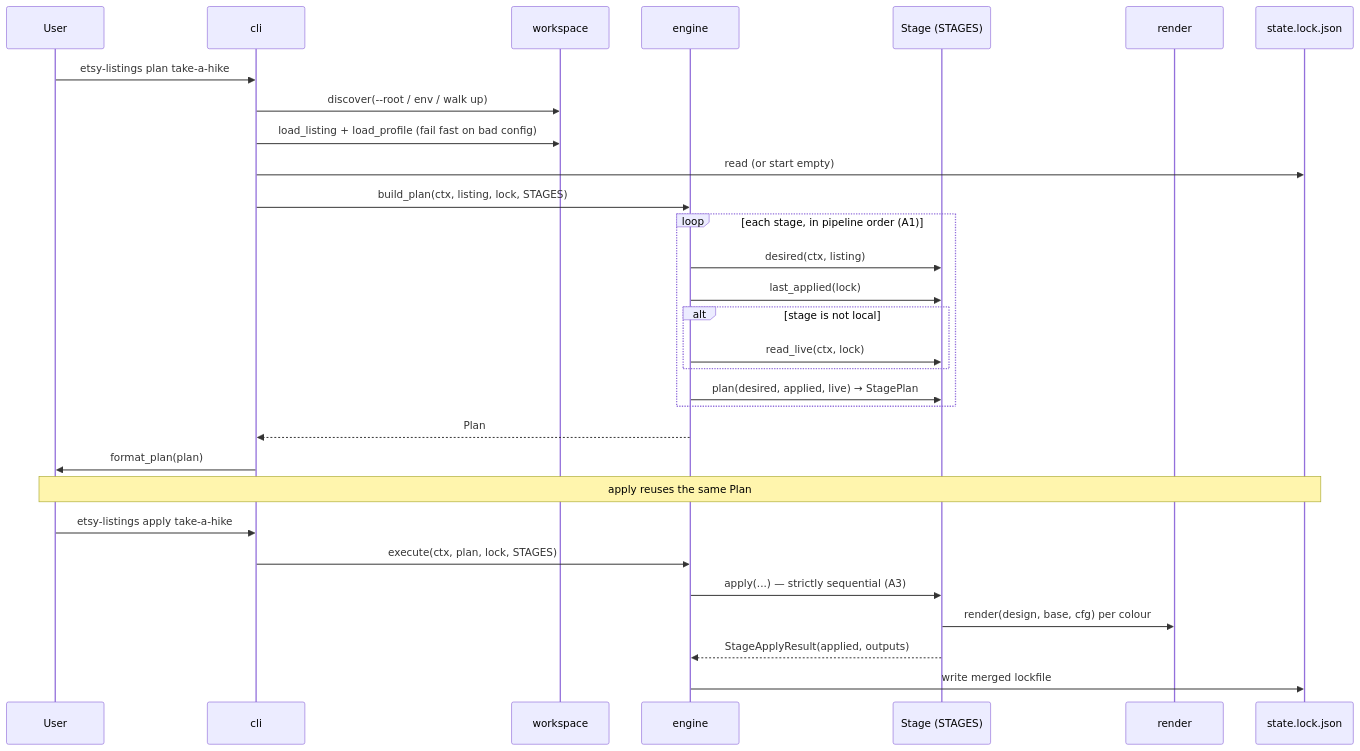
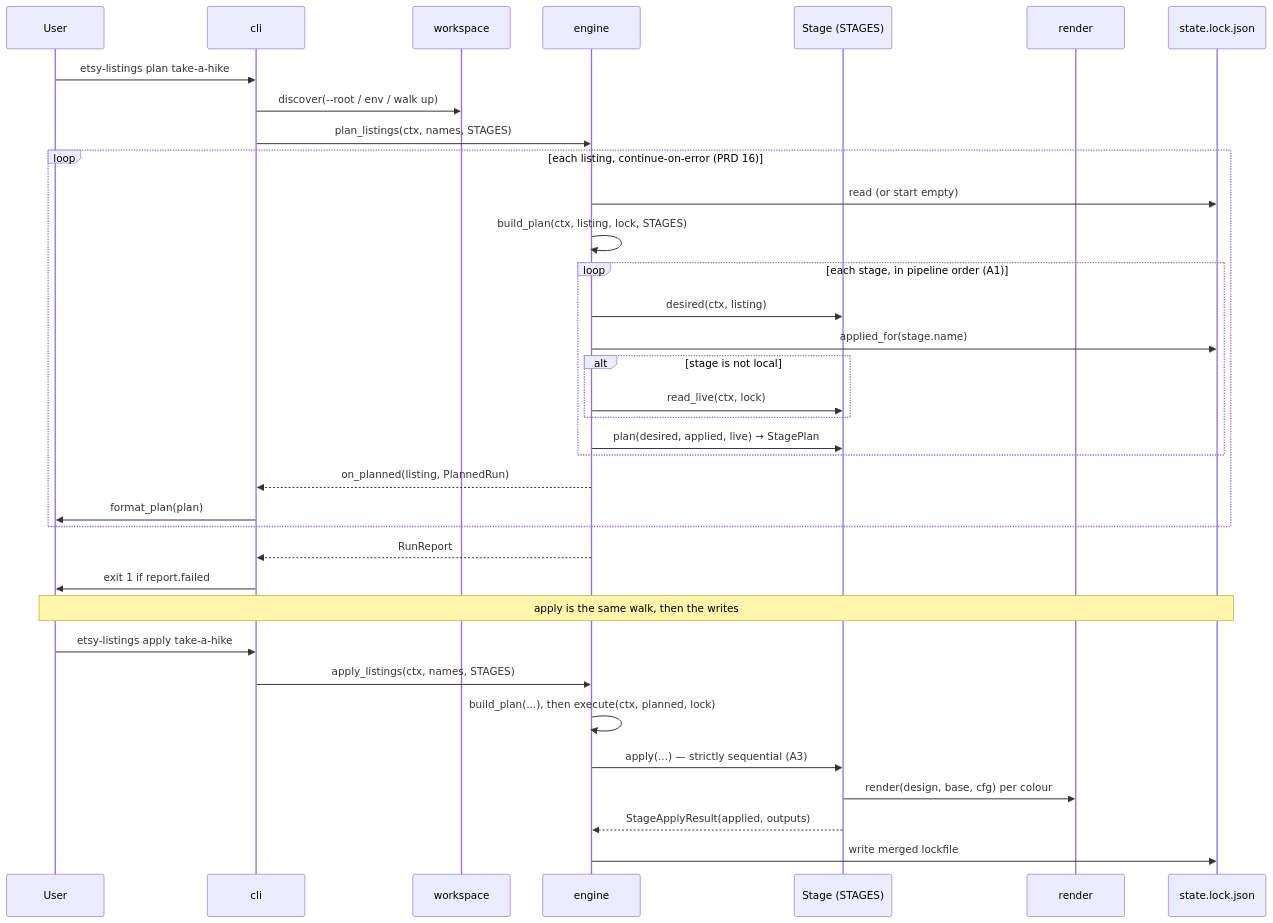
Before and after one commit to eli-jordan/etsy-listing-automation: the second of 5 diagrams in docs/architecture.md, drawn with Mermaid. The commit also changed other lines of this file and 24 other files, not shown here.

First line of the commit message:
refactor(engine): a run and a lockfile that own their own rules

````diff
--- a/docs/architecture.md
+++ b/docs/architecture.md
@@ -104,36 +109,43 @@
 ```mermaid
 sequenceDiagram
     participant User
     participant CLI as cli
     participant WS as workspace
     participant Engine as engine
     participant Stage as Stage (STAGES)
     participant Render as render
     participant Lock as state.lock.json
 
     User->>CLI: etsy-listings plan take-a-hike
     CLI->>WS: discover(--root / env / walk up)
-    CLI->>WS: load_listing + load_profile (fail fast on bad config)
-    CLI->>Lock: read (or start empty)
-    CLI->>Engine: build_plan(ctx, listing, lock, STAGES)
+    CLI->>Engine: plan_listings(ctx, names, STAGES)
 
-    loop each stage, in pipeline order (A1)
-        Engine->>Stage: desired(ctx, listing)
-        Engine->>Stage: last_applied(lock)
-        alt stage is not local
-            Engine->>Stage: read_live(ctx, lock)
+    loop each listing, continue-on-error (PRD 16)
+        Engine->>Lock: read (or start empty)
+        Engine->>Engine: build_plan(ctx, listing, lock, STAGES)
+
+        loop each stage, in pipeline order (A1)
+            Engine->>Stage: desired(ctx, listing)
+            Engine->>Lock: applied_for(stage.name)
+            alt stage is not local
+                Engine->>Stage: read_live(ctx, lock)
+            end
+            Engine->>Stage: plan(desired, applied, live) → StagePlan
         end
-        Engine->>Stage: plan(desired, applied, live) → StagePlan
+
+        Engine-->>CLI: on_planned(listing, PlannedRun)
+        CLI->>User: format_plan(plan)
     end
 
-    Engine-->>CLI: Plan
-    CLI->>User: format_plan(plan)
+    Engine-->>CLI: RunReport
+    CLI->>User: exit 1 if report.failed
 
-    Note over User,Lock: apply reuses the same Plan
+    Note over User,Lock: apply is the same walk, then the writes
     User->>CLI: etsy-listings apply take-a-hike
-    CLI->>Engine: execute(ctx, plan, lock, STAGES)
+    CLI->>Engine: apply_listings(ctx, names, STAGES)
+    Engine->>Engine: build_plan(...), then execute(ctx, planned, lock)
     Engine->>Stage: apply(...) — strictly sequential (A3)
     Stage->>Render: render(design, base, cfg) per colour
     Stage-->>Engine: StageApplyResult(applied, outputs)
     Engine->>Lock: write merged lockfile
 ```
````
